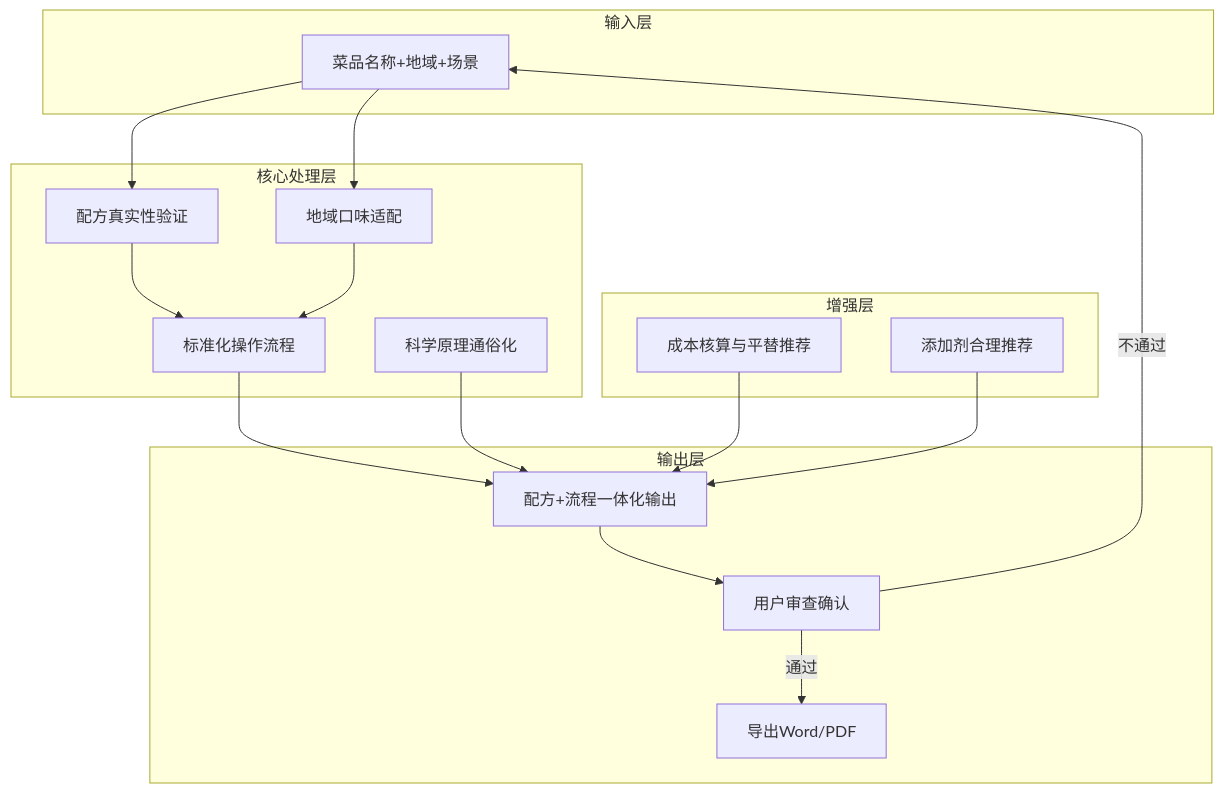
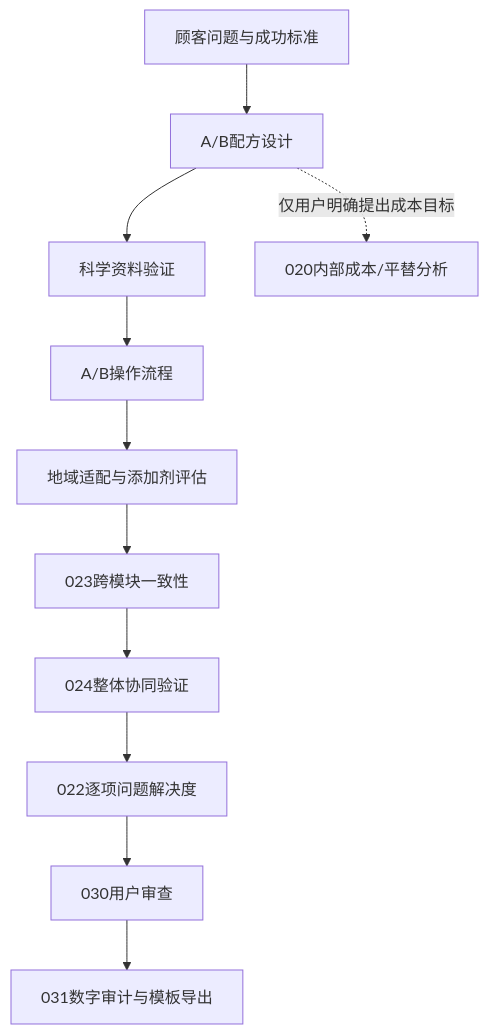
One commit to HONGFUXIAOFAN/-44444 changed the diagram in rules/domain-overview.md. Above: the diagram before and after it, drawn with Mermaid. The commit also changed other lines of this file and 39 other files, not shown here.

````diff
--- a/rules/domain-overview.md
+++ b/rules/domain-overview.md
@@ -195,32 +193,13 @@
-```mermaid
+~~~mermaid
 graph TB
-    subgraph 输入层
-        A[菜品名称+地域+场景]
-    end
-    subgraph 核心处理层
-        B[配方真实性验证]
-        C[地域口味适配]
-        D[标准化操作流程]
-        E[科学原理通俗化]
-    end
-    subgraph 增强层
-        F[成本核算与平替推荐]
-        G[添加剂合理推荐]
-    end
-    subgraph 输出层
-        H[配方+流程一体化输出]
-        I[用户审查确认]
-        J[导出Word/PDF]
-    end
-    A --> B
-    A --> C
-    B --> D
-    C --> D
-    D --> H
-    E --> H
-    F --> H
-    G --> H
-    H --> I
-    I -->|通过| J
-    I -->|不通过| A
-```
+    A[顾客问题与成功标准] --> B[A/B配方设计]
+    B --> C[科学资料验证]
+    C --> D[A/B操作流程]
+    D --> E[地域适配与添加剂评估]
+    E --> F[023跨模块一致性]
+    F --> G[024整体协同验证]
+    G --> H[022逐项问题解决度]
+    H --> I[030用户审查]
+    I --> J[031数字审计与模板导出]
+    B -. 仅用户明确提出成本目标 .-> K[020内部成本/平替分析]
+~~~
````
